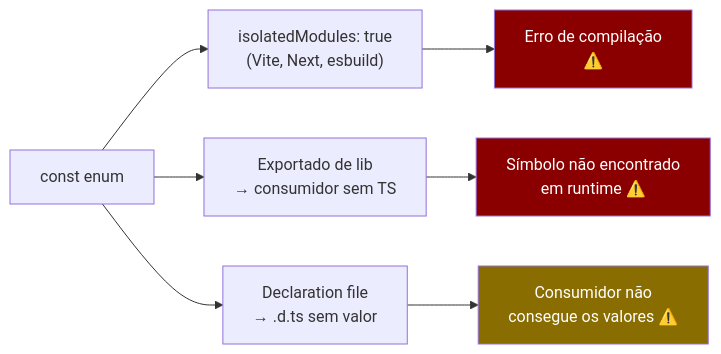
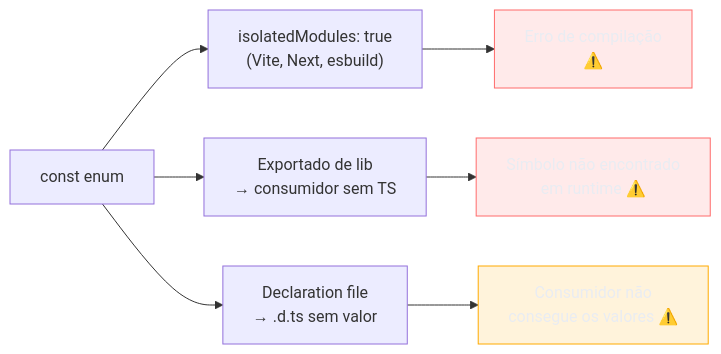
One commit to josenaldo/codex-technomanticus changed the second of 4 diagrams in 03-Dominios/Tecnologia/TypeScript/19 - Enums, const objects e modelagem de constantes.md. Above: the diagram before and after it, drawn with Mermaid. The commit also changed other lines of this file and 1181 other files, not shown here.

First line of the commit message:
fix(diagramas): paleta do sistema no lugar de cor cravada no markdown

````diff
--- a/03-Dominios/Tecnologia/TypeScript/19 - Enums, const objects e modelagem de constantes.md
+++ b/03-Dominios/Tecnologia/TypeScript/19 - Enums, const objects e modelagem de constantes.md
@@ -186,18 +188,20 @@
 ```mermaid
 flowchart LR
+    classDef falha fill:#FF6B6B24,stroke:#FF6B6B,color:#E9ECF2
+    classDef destaque fill:#FFAA0024,stroke:#FFAA00,color:#E9ECF2
     CE["const enum"]
     ISO["isolatedModules: true\n(Vite, Next, esbuild)"]
     LIB["Exportado de lib\n→ consumidor sem TS"]
     DTS["Declaration file\n→ .d.ts sem valor"]
     ERRO1["Erro de compilação\n⚠️"]
     ERRO2["Símbolo não encontrado\nem runtime ⚠️"]
     ERRO3["Consumidor não\nconsegue os valores ⚠️"]
 
     CE --> ISO --> ERRO1
     CE --> LIB --> ERRO2
     CE --> DTS --> ERRO3
 
-    style ERRO1 fill:#8a0000,color:#fff
-    style ERRO2 fill:#8a0000,color:#fff
-    style ERRO3 fill:#8a6d00,color:#fff
+    class ERRO1 falha
+    class ERRO2 falha
+    class ERRO3 destaque
 ```
````
